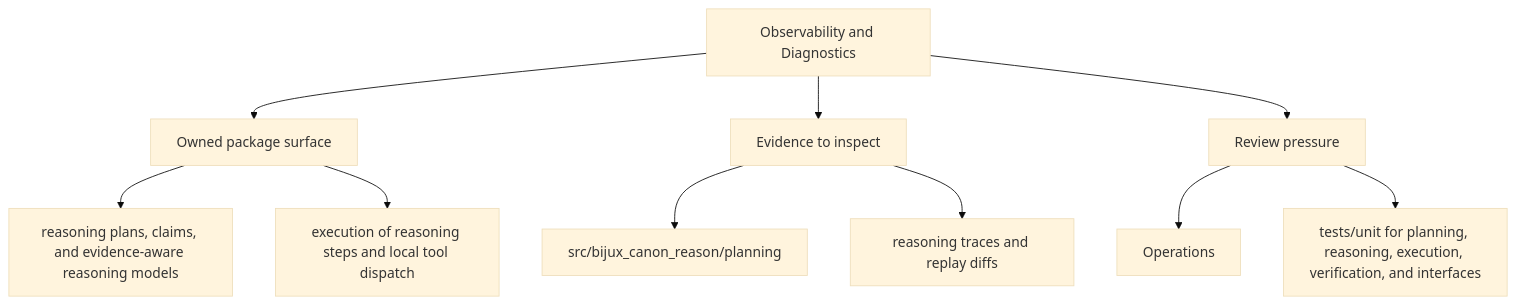
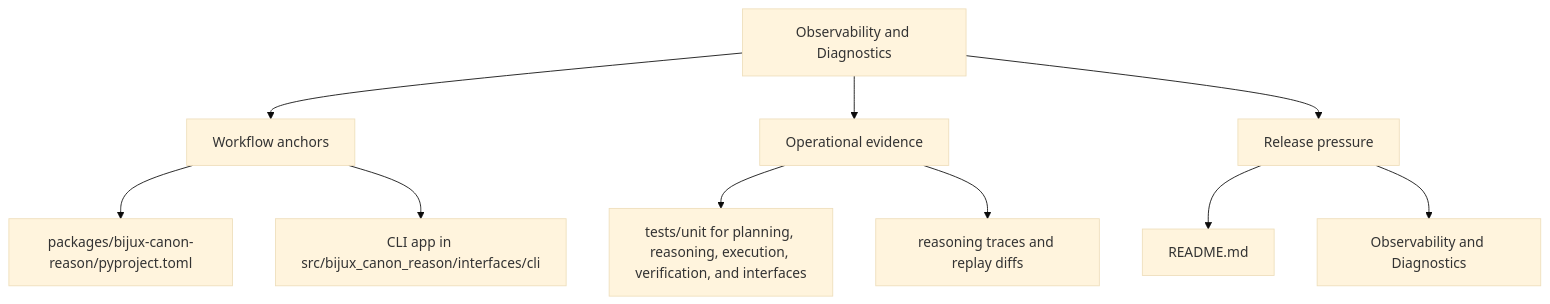
The second of 2 diagrams in docs/bijux-canon-reason/operations/observability-and-diagnostics.md (bijux/bijux-canon), drawn with Mermaid (base theme) before and after one commit. The commit also changed other lines of this file and 250 other files, not shown here.

Commit message:
docs(diagrams): make product page maps more readable

````diff
--- a/docs/bijux-canon-reason/operations/observability-and-diagnostics.md
+++ b/docs/bijux-canon-reason/operations/observability-and-diagnostics.md
@@ -33,22 +33,22 @@
 ```mermaid
 flowchart TD
     page["Observability and Diagnostics"]
-    focus1["Owned package surface"]
+    focus1["Workflow anchors"]
     page --> focus1
-    focus1_1["reasoning plans, claims, and evidence-aware reasoning models"]
+    focus1_1["packages/bijux-canon-reason/pyproject.toml"]
     focus1 --> focus1_1
-    focus1_2["execution of reasoning steps and local tool dispatch"]
+    focus1_2["CLI app in src/bijux_canon_reason/interfaces/cli"]
     focus1 --> focus1_2
-    focus2["Evidence to inspect"]
+    focus2["Operational evidence"]
     page --> focus2
-    focus2_1["src/bijux_canon_reason/planning"]
+    focus2_1["tests/unit for planning, reasoning, execution, verification, and interfaces"]
     focus2 --> focus2_1
     focus2_2["reasoning traces and replay diffs"]
     focus2 --> focus2_2
-    focus3["Review pressure"]
+    focus3["Release pressure"]
     page --> focus3
-    focus3_1["Operations"]
+    focus3_1["README.md"]
     focus3 --> focus3_1
-    focus3_2["tests/unit for planning, reasoning, execution, verification, and interfaces"]
+    focus3_2["Observability and Diagnostics"]
     focus3 --> focus3_2
 ```
````
